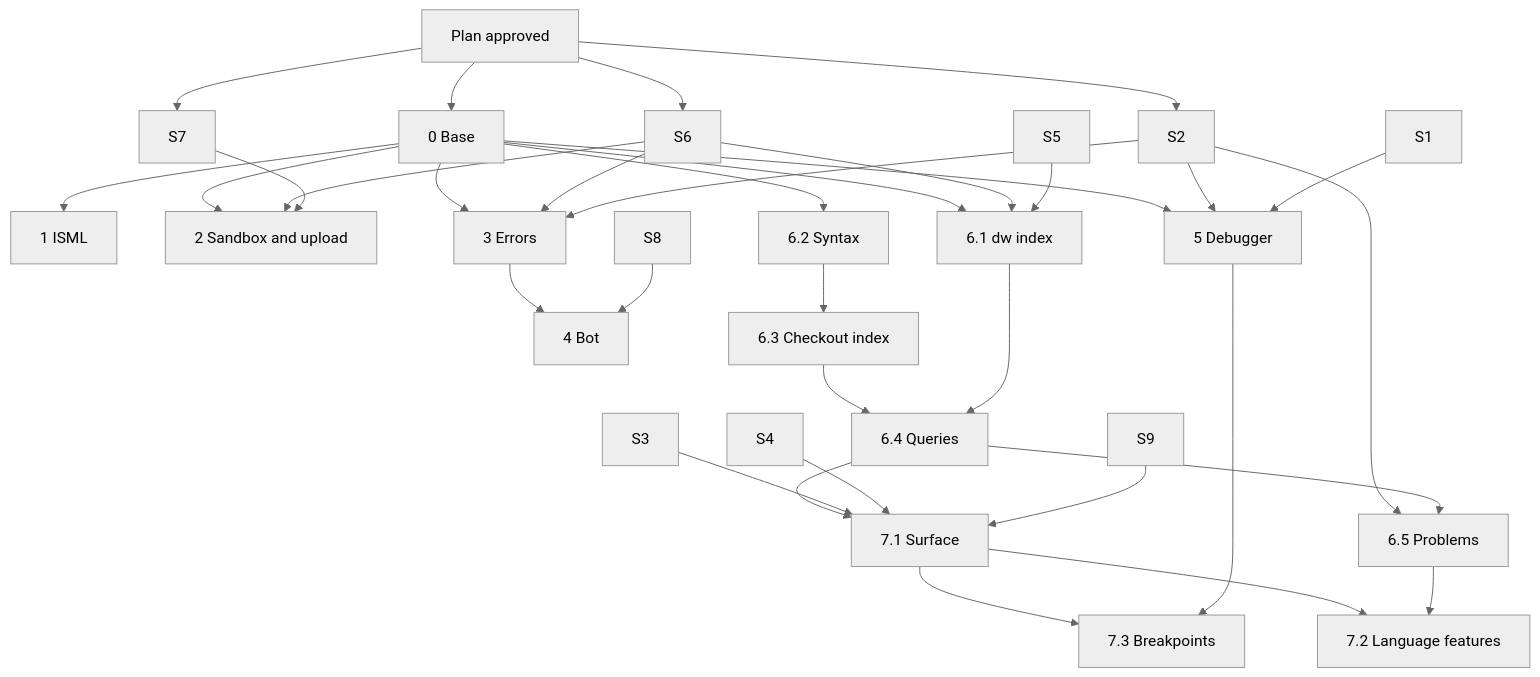
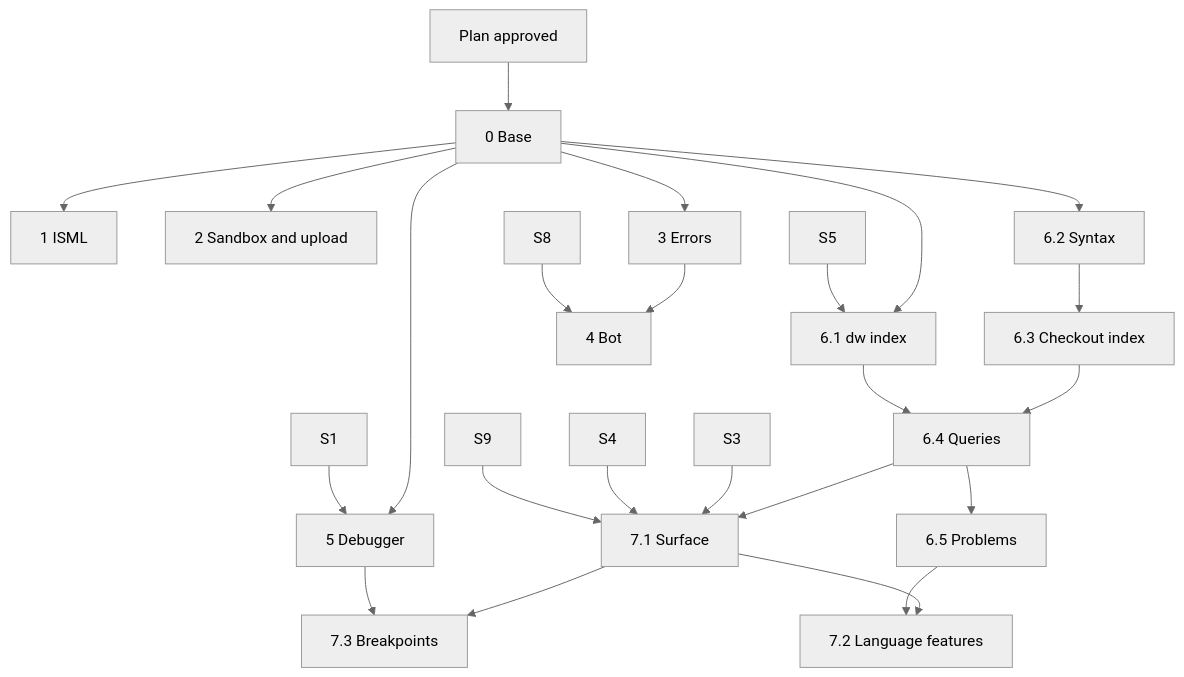
The diagram in docs/plan.md (moilolon/orca-sfcc-tools), drawn with Mermaid (neutral theme) before and after one commit. The commit also changed other lines of this file, not shown here.

First line of the commit message:
Record the answers of the first spikes in the plan (#4)

````diff
--- a/docs/plan.md
+++ b/docs/plan.md
@@ -459,26 +475,22 @@
 ```mermaid
 graph TD
   PLAN[Plan approved] --> P0[0 Base]
-  PLAN --> S2 & S6 & S7
   P0 --> P1[1 ISML]
   P0 --> P2[2 Sandbox and upload]
   P0 --> P3[3 Errors]
   P0 --> P5[5 Debugger]
   P0 --> P61[6.1 dw index]
   P0 --> P62[6.2 Syntax]
-  S6 --> P2 & P3 & P61
-  S7 --> P2
-  S2 --> P3 & P5 & P65
   S1 --> P5
   S5 --> P61
   P3 --> P4[4 Bot]
   S8 --> P4
   P62 --> P63[6.3 Checkout index] --> P64[6.4 Queries] --> P65[6.5 Problems]
   P61 --> P64
   P64 --> P71[7.1 Surface]
   S3 & S4 & S9 --> P71
   P71 --> P72[7.2 Language features]
   P65 --> P72
   P71 --> P73[7.3 Breakpoints]
   P5 --> P73
 ```
````
